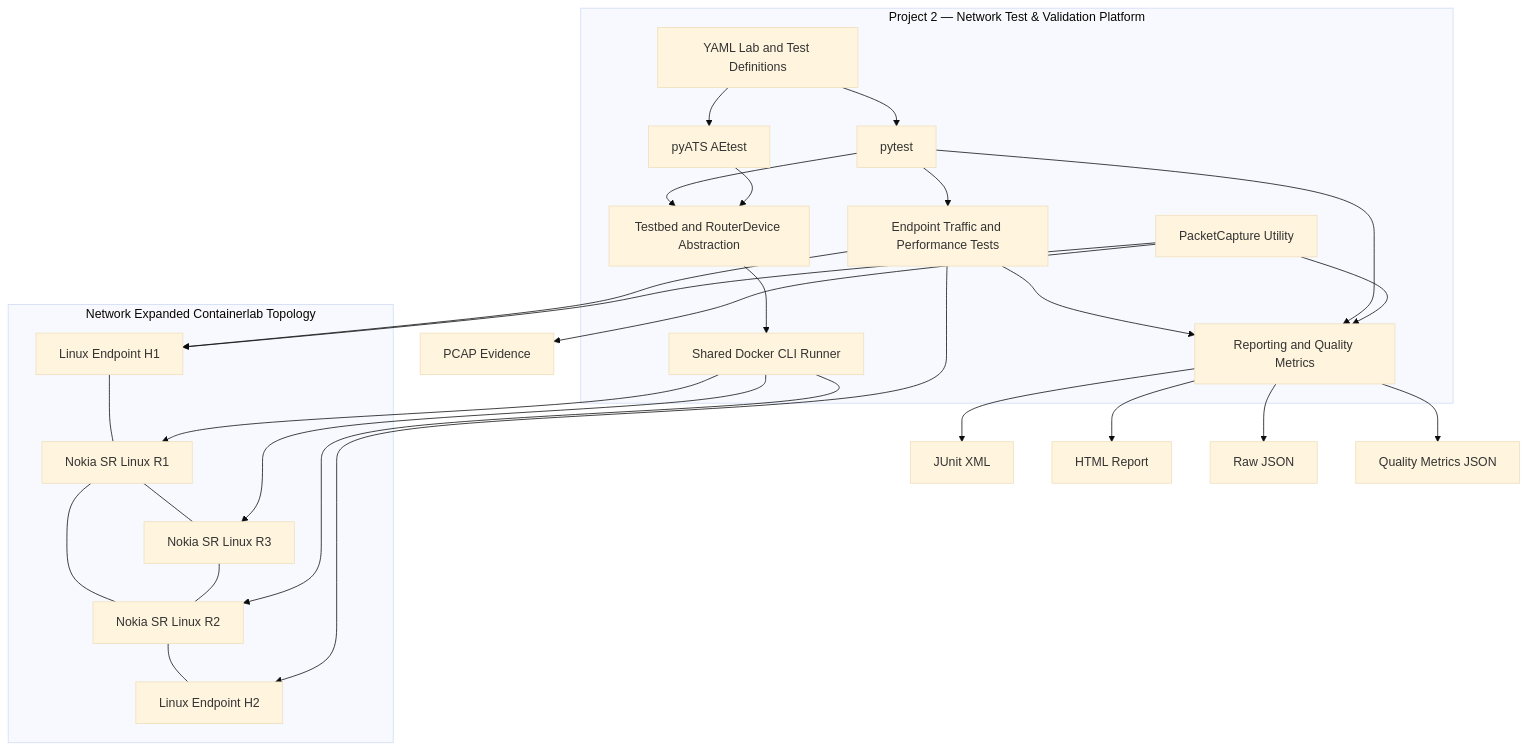
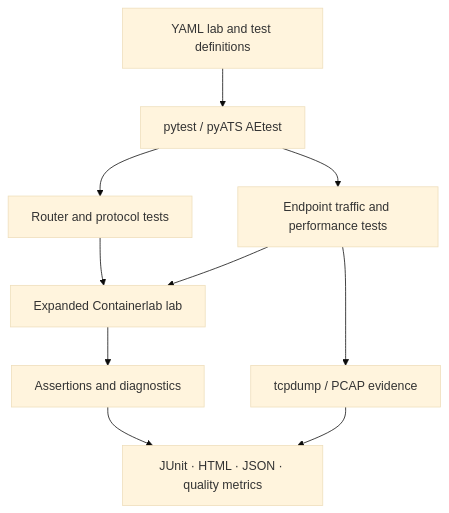
One commit to kapiliyer10/network-test-validation-platform changed the first of 2 diagrams in docs/architecture.md. Above: the diagram before and after it, drawn with Mermaid (base theme). The commit also changed other lines of this file and 6 other files, not shown here.

First line of the commit message:
Make project recruiter-ready and isolate packet captures

````diff
--- a/docs/architecture.md
+++ b/docs/architecture.md
@@ -19,51 +14,12 @@
-```mermaid
+~~~mermaid
 flowchart TB
-    subgraph P2["Project 2 — Network Test & Validation Platform"]
-        CONFIG["YAML Lab and Test Definitions"]
-        PYTEST["pytest"]
-        AETEST["pyATS AEtest"]
-        TESTBED["Testbed and RouterDevice Abstraction"]
-        CLI["Shared Docker CLI Runner"]
-        TRAFFIC["Endpoint Traffic and Performance Tests"]
-        CAPTURE["PacketCapture Utility"]
-        REPORT["Reporting and Quality Metrics"]
-
-        CONFIG --> PYTEST
-        CONFIG --> AETEST
-        PYTEST --> TESTBED
-        AETEST --> TESTBED
-        TESTBED --> CLI
-        PYTEST --> TRAFFIC
-        TRAFFIC --> REPORT
-        PYTEST --> REPORT
-        CAPTURE --> REPORT
-    end
-
-    subgraph LAB["Network Expanded Containerlab Topology"]
-        R1["Nokia SR Linux R1"]
-        R2["Nokia SR Linux R2"]
-        R3["Nokia SR Linux R3"]
-        H1["Linux Endpoint H1"]
-        H2["Linux Endpoint H2"]
-
-        H1 --- R1
-        R1 --- R2
-        R1 --- R3
-        R3 --- R2
-        R2 --- H2
-    end
-
-    CLI --> R1
-    CLI --> R2
-    CLI --> R3
-
-    TRAFFIC --> H1
-    TRAFFIC --> H2
-    CAPTURE --> H1
-
-    REPORT --> XML["JUnit XML"]
-    REPORT --> HTML["HTML Report"]
-    REPORT --> JSON["Raw JSON"]
-    REPORT --> METRICS["Quality Metrics JSON"]
-    CAPTURE --> PCAP["PCAP Evidence"]
-```
+    CFG["YAML lab and test definitions"] --> RUN["pytest / pyATS AEtest"]
+    RUN --> ROUTER["Router and protocol tests"]
+    RUN --> ENDPOINT["Endpoint traffic and performance tests"]
+    ROUTER --> LAB["Expanded Containerlab lab"]
+    ENDPOINT --> LAB
+    LAB --> ASSERT["Assertions and diagnostics"]
+    ENDPOINT --> CAPTURE["tcpdump / PCAP evidence"]
+    ASSERT --> REPORT["JUnit · HTML · JSON · quality metrics"]
+    CAPTURE --> REPORT
+~~~
````
